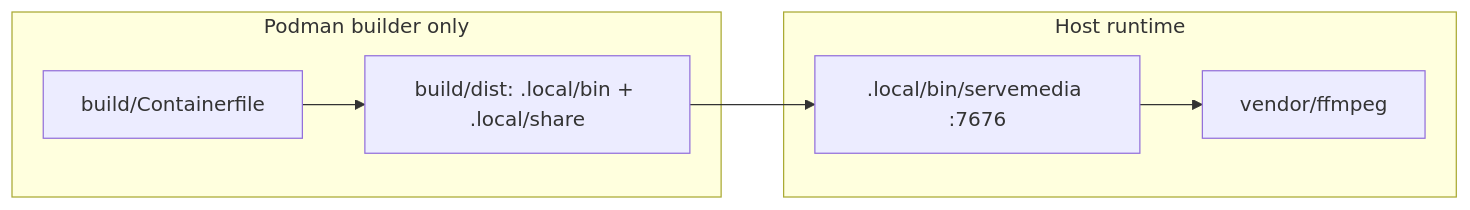
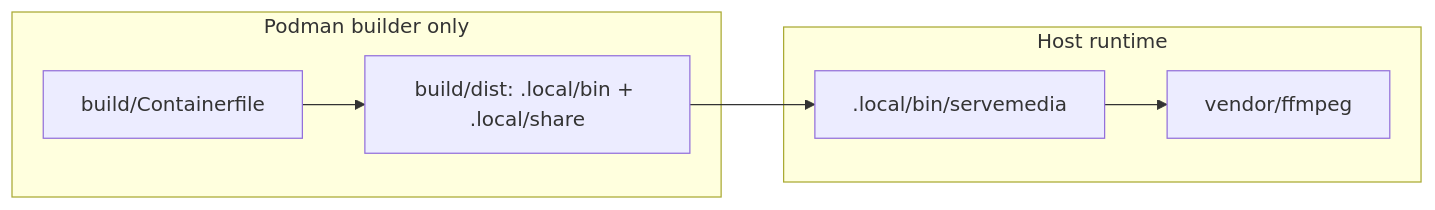
One commit to AlyShmahell/ServeMedia changed the diagram in docs/architecture.md. Above: the diagram before and after it, drawn with Mermaid. The commit also changed other lines of this file and 111 other files, not shown here.

````diff
--- a/docs/architecture.md
+++ b/docs/architecture.md
@@ -7,11 +7,11 @@
 ```mermaid
 flowchart LR
   subgraph build [Podman builder only]
     CF[build/Containerfile]
     CF --> Dist["build/dist: .local/bin + .local/share"]
   end
   subgraph host [Host runtime]
-    Dist --> ServeMedia[".local/bin/servemedia :7676"]
+    Dist --> ServeMedia[".local/bin/servemedia"]
     ServeMedia --> FFmpeg["vendor/ffmpeg"]
   end
 ```
````
